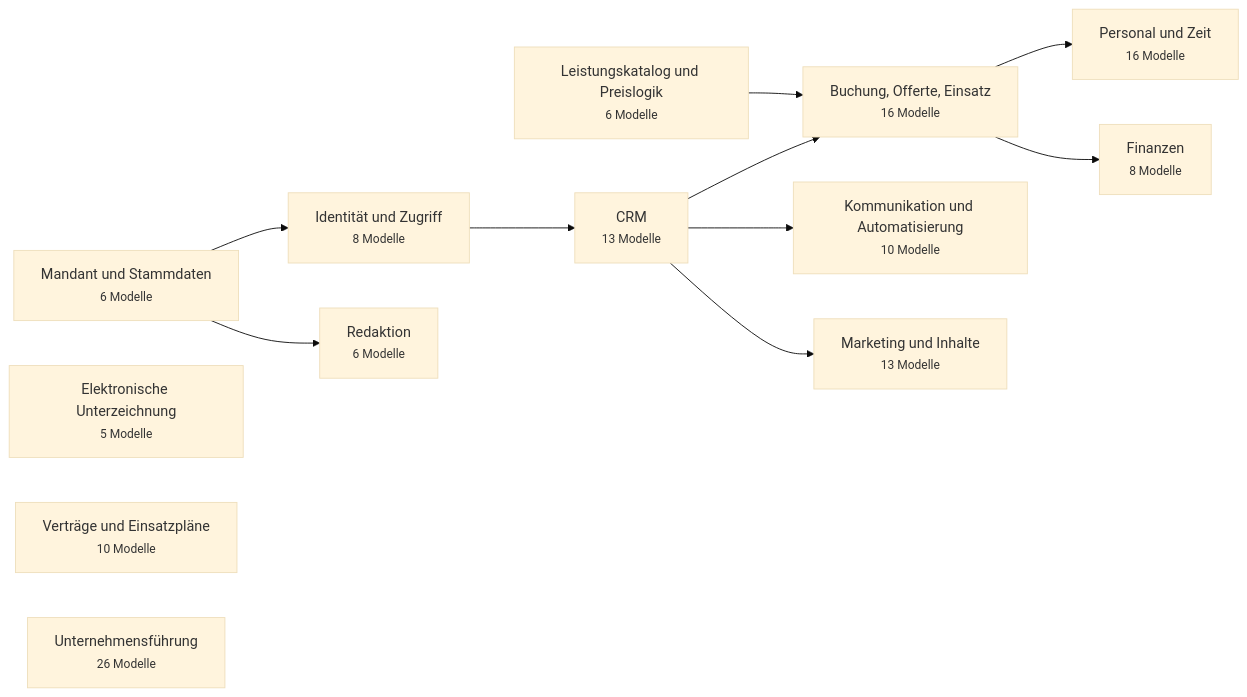
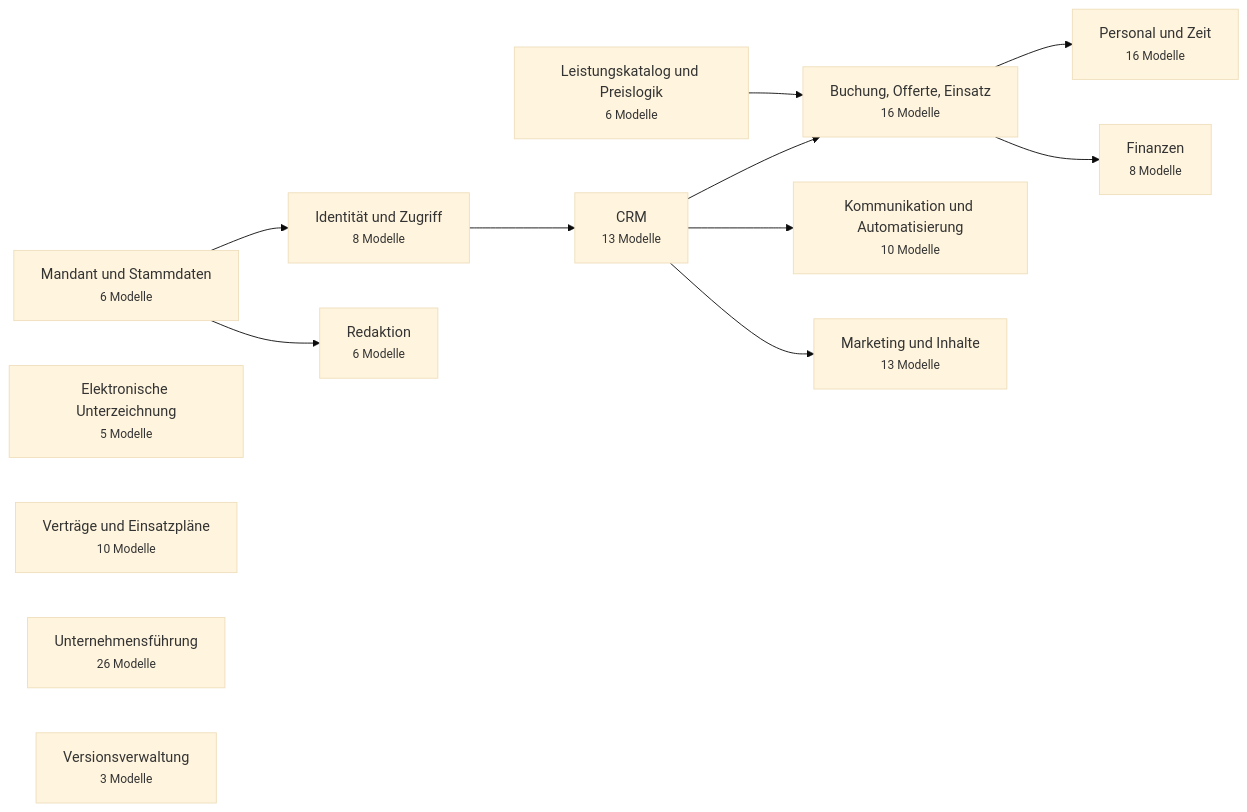
One commit to javadqasemi/Clenaris changed the first of 15 diagrams in docs/DATABASE.md. Above: the diagram before and after it, drawn with Mermaid (base theme). The commit also changed other lines of this file and 3 other files, not shown here.

````diff
--- a/docs/DATABASE.md
+++ b/docs/DATABASE.md
@@ -36,25 +36,26 @@
 ```mermaid
 flowchart LR
   stammdaten["Mandant und Stammdaten<br/><small>6 Modelle</small>"]
   identitaet["Identität und Zugriff<br/><small>8 Modelle</small>"]
   signatur["Elektronische Unterzeichnung<br/><small>5 Modelle</small>"]
   crm["CRM<br/><small>13 Modelle</small>"]
   katalog["Leistungskatalog und Preislogik<br/><small>6 Modelle</small>"]
   auftrag["Buchung, Offerte, Einsatz<br/><small>16 Modelle</small>"]
   vertraege["Verträge und Einsatzpläne<br/><small>10 Modelle</small>"]
   personal["Personal und Zeit<br/><small>16 Modelle</small>"]
   finanzen["Finanzen<br/><small>8 Modelle</small>"]
   kommunikation["Kommunikation und Automatisierung<br/><small>10 Modelle</small>"]
   marketing["Marketing und Inhalte<br/><small>13 Modelle</small>"]
   redaktion["Redaktion<br/><small>6 Modelle</small>"]
   fuehrung["Unternehmensführung<br/><small>26 Modelle</small>"]
+  versionen["Versionsverwaltung<br/><small>3 Modelle</small>"]
   stammdaten --> identitaet
   identitaet --> crm
   crm --> auftrag
   katalog --> auftrag
   auftrag --> personal
   auftrag --> finanzen
   crm --> kommunikation
   crm --> marketing
   stammdaten --> redaktion
 ```
````
